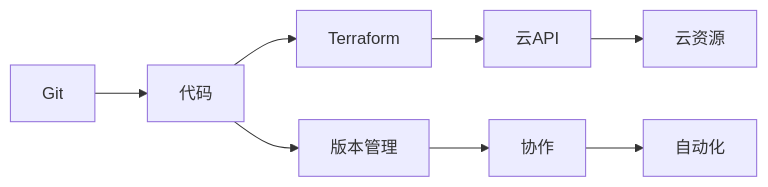
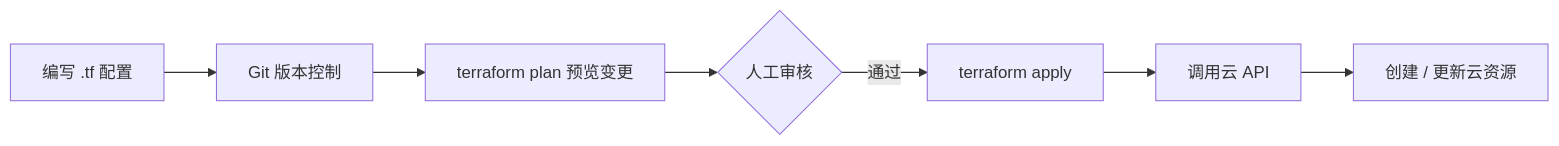
The first of 2 diagrams in content/linux/cloud_cal/Chapter-68-IaC.md (before80/prgms), drawn with Mermaid before and after one commit. The commit also changed other lines of this file and 1645 other files, not shown here.

````diff
--- a/content/linux/cloud_cal/Chapter-68-IaC.md
+++ b/content/linux/cloud_cal/Chapter-68-IaC.md
@@ -20,11 +20,9 @@
 ```mermaid
 graph LR
-    A[代码] --> B[Terraform]
-    B --> C[云API]
-    C --> D[云资源]
-    
-    E[Git] --> A
-    A --> F[版本管理]
-    F --> G[协作]
-    G --> H[自动化]
+    A[编写 .tf 配置] --> B[Git 版本控制]
+    B --> C[terraform plan 预览变更]
+    C --> D{人工审核}
+    D -->|通过| E[terraform apply]
+    E --> F[调用云 API]
+    F --> G[创建 / 更新云资源]
 ```
````
